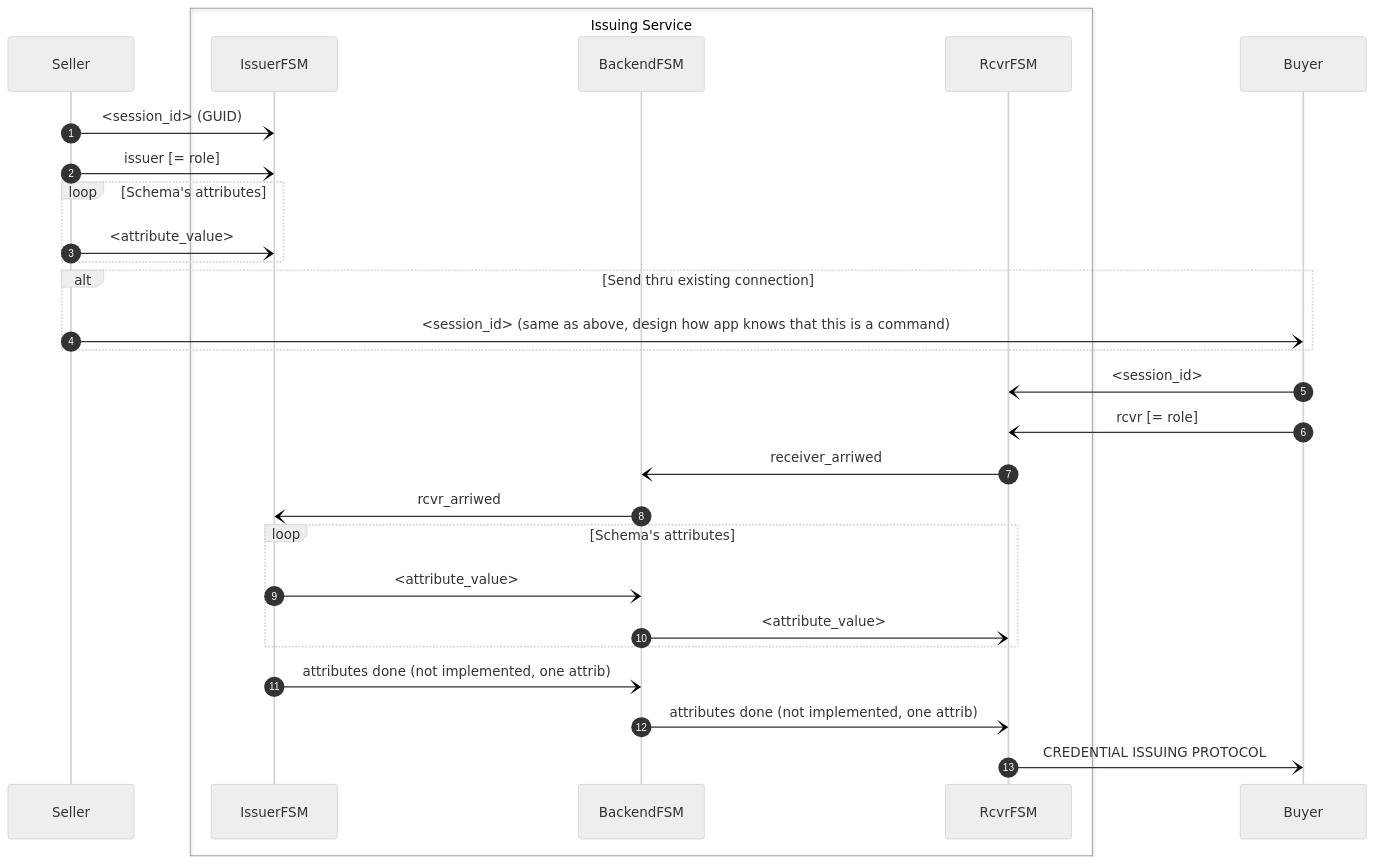
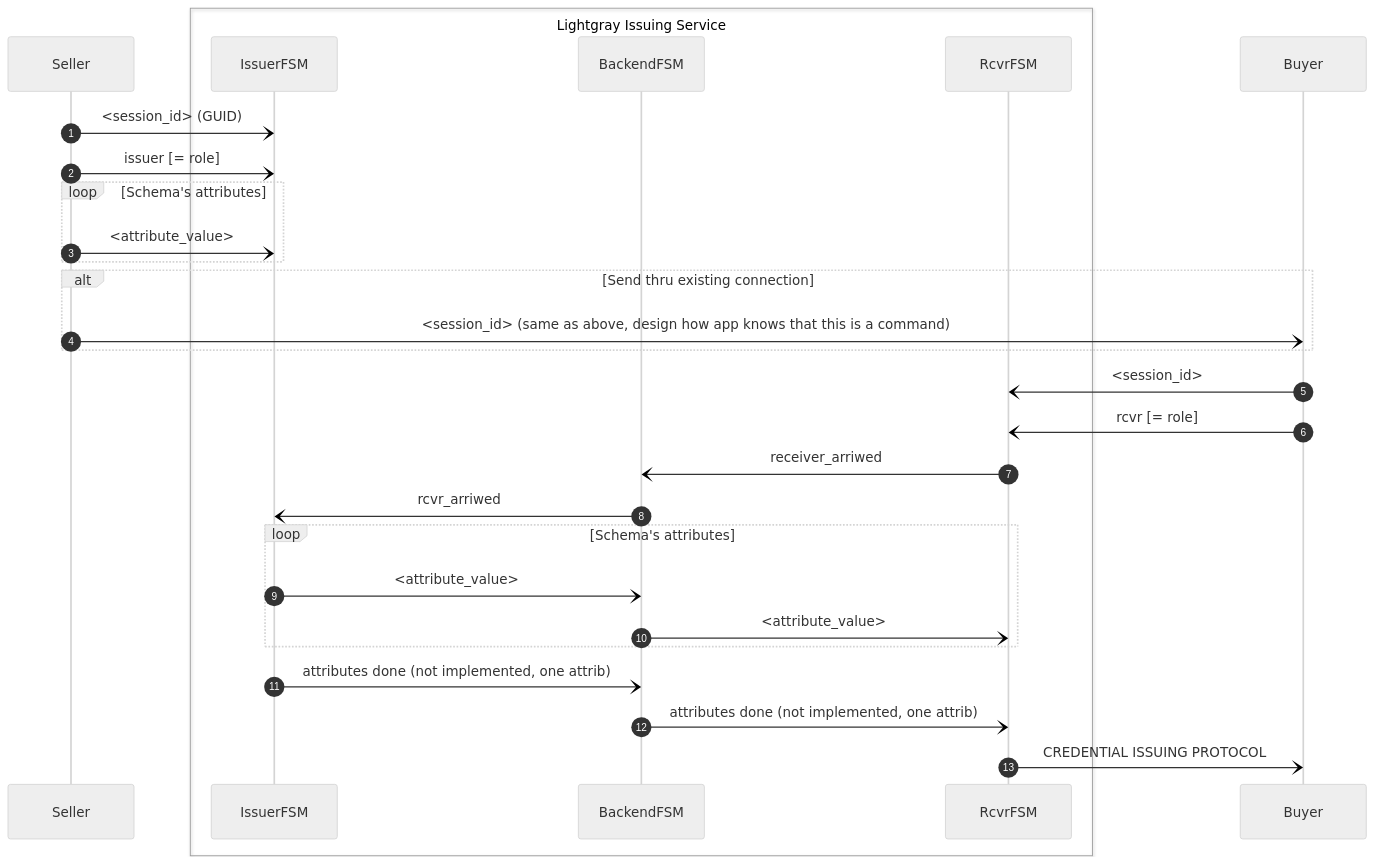
The diagram in scripts/fullstack/fsm/README.md (findy-network/findy-agent-cli), drawn with Mermaid (neutral theme) before and after one commit. The commit also changed other lines of this file, not shown here.

Commit message:
test transparent Lightgray

````diff
--- a/scripts/fullstack/fsm/README.md
+++ b/scripts/fullstack/fsm/README.md
@@ -181,38 +183,38 @@
 ```mermaid
 sequenceDiagram
     autonumber
 
     participant Seller
 
-    box Issuing Service
+    box transparent Lightgray Issuing Service
     participant IssuerFSM
     participant BackendFSM
     participant RcvrFSM
     end
 
     participant Buyer
 
     Seller -) IssuerFSM: <session_id> (GUID)
     Seller -) IssuerFSM: issuer [= role]
     loop Schema's attributes
     Seller -) IssuerFSM: <attribute_value>
     end
 
     alt Send thru existing connection 
     Seller -) Buyer: <session_id> (same as above, design how app knows that this is a command)
     end
 
     Buyer -) RcvrFSM: <session_id>
     Buyer -) RcvrFSM: rcvr [= role]
 
     RcvrFSM -) BackendFSM: receiver_arriwed
     BackendFSM -) IssuerFSM: rcvr_arriwed
     loop Schema's attributes
     IssuerFSM -) BackendFSM: <attribute_value>
     BackendFSM -) RcvrFSM: <attribute_value>
     end
     IssuerFSM -) BackendFSM: attributes done (not implemented, one attrib)
     BackendFSM -) RcvrFSM: attributes done (not implemented, one attrib)
 
     RcvrFSM -) Buyer: CREDENTIAL ISSUING PROTOCOL
 ```
````
